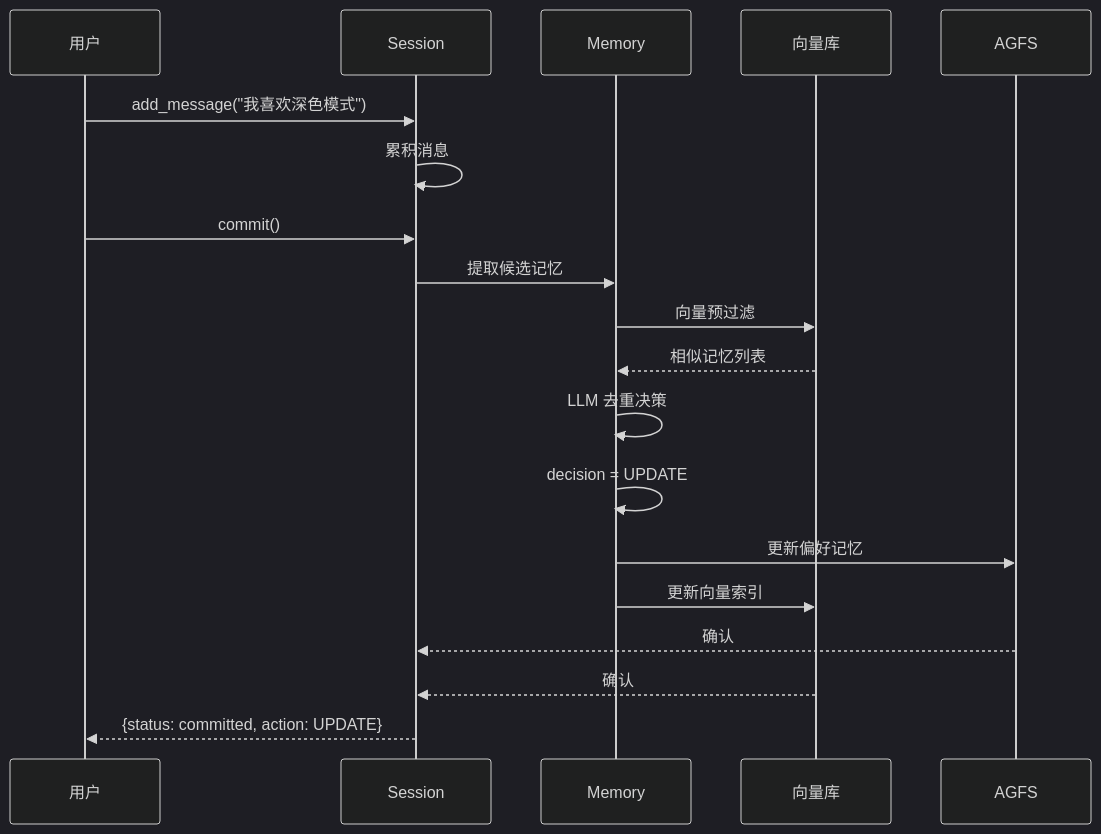
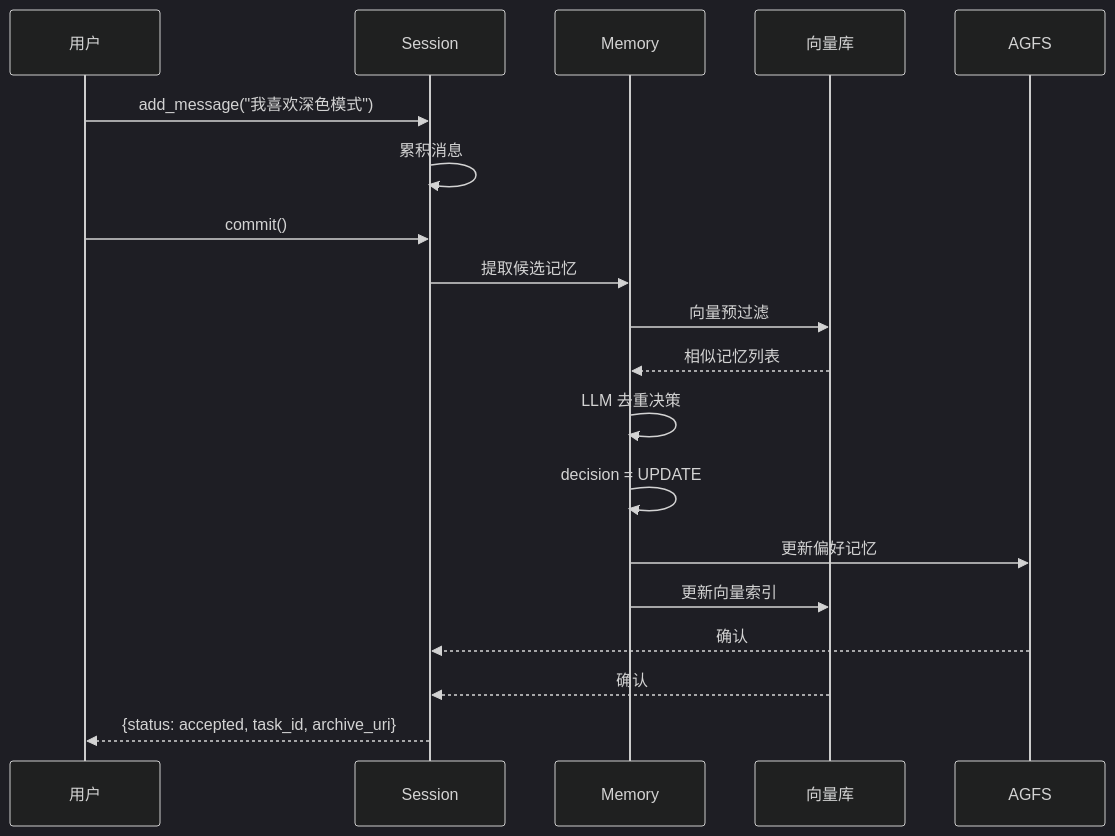
Before and after one commit to caicongyang/bloger: the ninth of 9 diagrams in openviking/05-会话管理详解.md, drawn with Mermaid (dark theme). The commit also changed other lines of this file and 10 other files, not shown here.

````diff
--- a/openviking/05-会话管理详解.md
+++ b/openviking/05-会话管理详解.md
@@ -448,27 +477,27 @@
 ```mermaid
 sequenceDiagram
     participant U as 用户
     participant S as Session
     participant M as Memory
     participant V as 向量库
     participant A as AGFS
 
     U->>S: add_message("我喜欢深色模式")
     S->>S: 累积消息
     
     U->>S: commit()
     S->>M: 提取候选记忆
     
     M->>V: 向量预过滤
     V-->>M: 相似记忆列表
     
     M->>M: LLM 去重决策
     M->>M: decision = UPDATE
     
     M->>A: 更新偏好记忆
     M->>V: 更新向量索引
-    
+
     A-->>S: 确认
     V-->>S: 确认
-    S-->>U: {status: committed, action: UPDATE}
+    S-->>U: {status: accepted, task_id, archive_uri}
 ```
````
